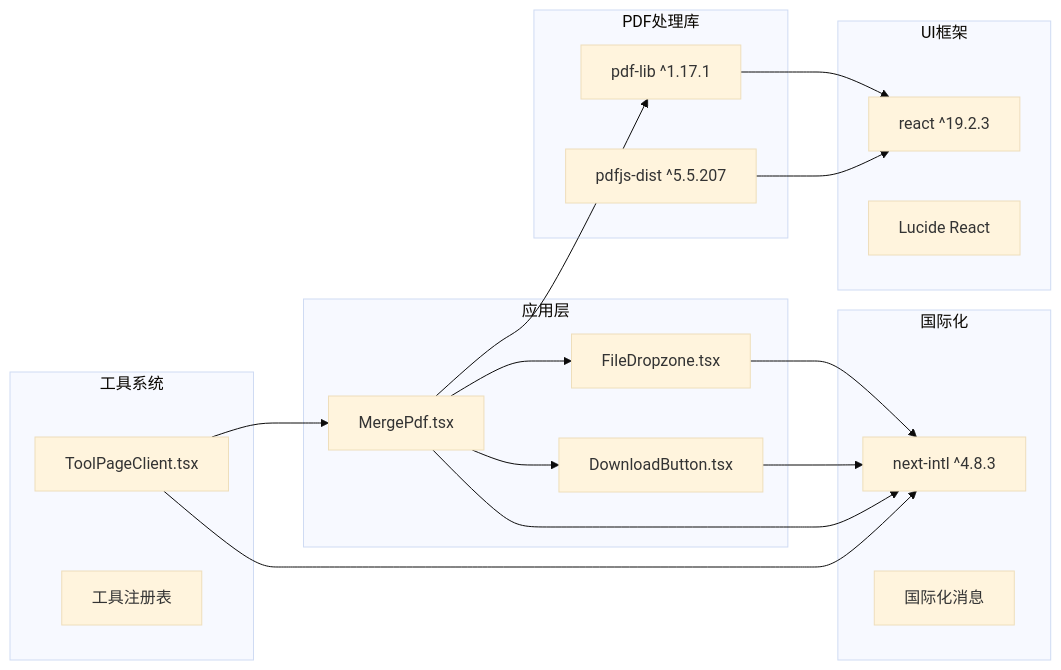
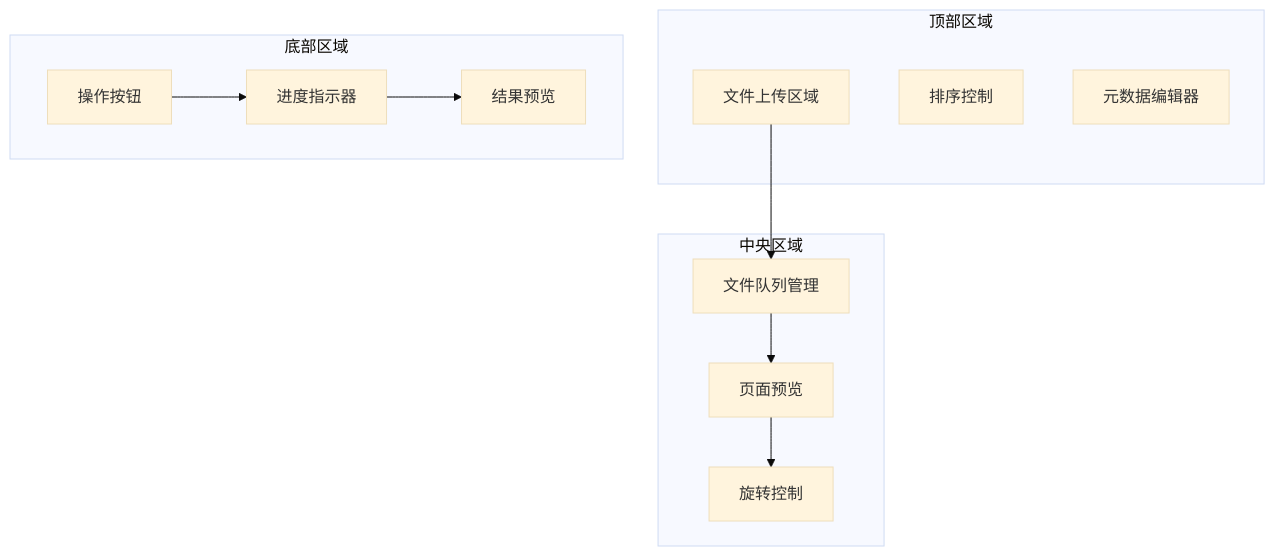
One commit to sgyy/privadeck changed the eighth of 11 diagrams in .qoder/repowiki/zh/content/PDF工具/PDF合并工具.md. Above: the diagram before and after it, drawn with Mermaid (base theme). The commit also changed other lines of this file and 3 other files, not shown here.

First line of the commit message:
feat(pdf): 升级为PDF与图像综合处理系统

````diff
--- a/.qoder/repowiki/zh/content/PDF工具/PDF合并工具.md
+++ b/.qoder/repowiki/zh/content/PDF工具/PDF合并工具.md
@@ -302,34 +393,23 @@
 ```mermaid
-graph LR
-subgraph "应用层"
-MergePdf[MergePdf.tsx]
-FileDropzone[FileDropzone.tsx]
-DownloadButton[DownloadButton.tsx]
+graph TB
+subgraph "顶部区域"
+UploadArea[文件上传区域]
+SortControls[排序控制]
+MetaEditor[元数据编辑器]
 end
-subgraph "工具系统"
-ToolPageClient[ToolPageClient.tsx]
-ToolRegistry[工具注册表]
+subgraph "中央区域"
+FileQueue[文件队列管理]
+PagePreview[页面预览]
+RotationControls[旋转控制]
 end
-subgraph "PDF处理库"
-PdfLib[pdf-lib ^1.17.1]
-PdfJsDist[pdfjs-dist ^5.5.207]
+subgraph "底部区域"
+ActionButtons[操作按钮]
+ProgressIndicator[进度指示器]
+ResultPreview[结果预览]
 end
-subgraph "UI框架"
-React[react ^19.2.3]
-Lucide[Lucide React]
-end
-subgraph "国际化"
-NextIntl[next-intl ^4.8.3]
-I18nMessages[国际化消息]
-end
-MergePdf --> PdfLib
-MergePdf --> FileDropzone
-MergePdf --> DownloadButton
-ToolPageClient --> MergePdf
-FileDropzone --> NextIntl
-DownloadButton --> NextIntl
-MergePdf --> NextIntl
-ToolPageClient --> NextIntl
-PdfLib --> React
-PdfJsDist --> React
+UploadArea --> FileQueue
+FileQueue --> PagePreview
+PagePreview --> RotationControls
+ActionButtons --> ProgressIndicator
+ProgressIndicator --> ResultPreview
 ```
````
